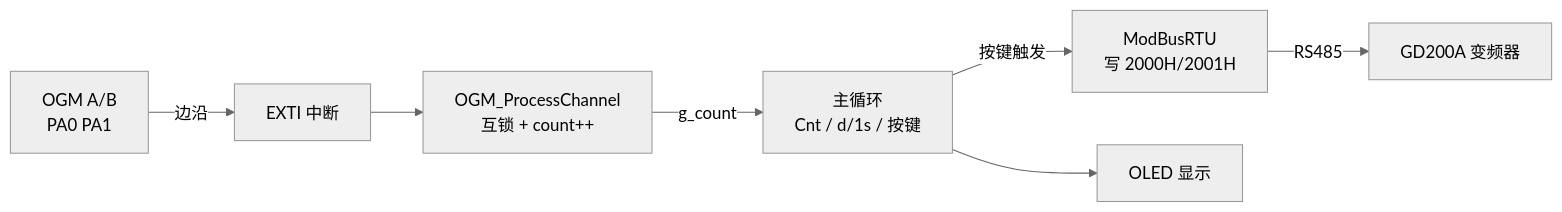
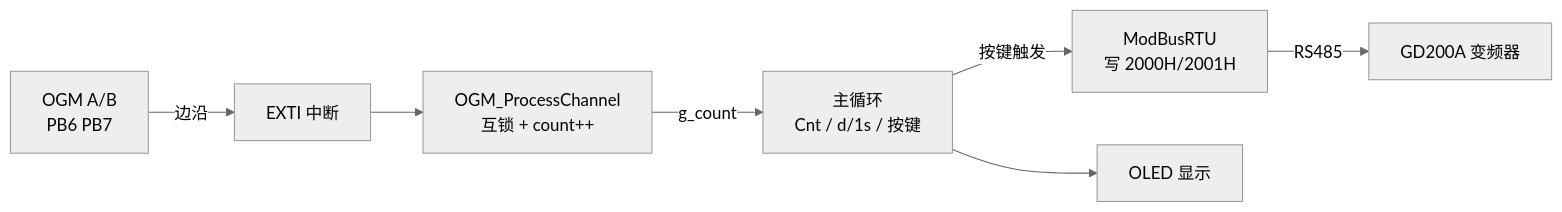
Before and after one commit to mdbsliguo/stm32_template_SPL: the fourth of 6 diagrams in Examples/NPN/NPN03_Preset_Pump_SwAlgo/README.md, drawn with Mermaid (neutral theme). The commit also changed other lines of this file and 6 other files, not shown here.

````diff
--- a/Examples/NPN/NPN03_Preset_Pump_SwAlgo/README.md
+++ b/Examples/NPN/NPN03_Preset_Pump_SwAlgo/README.md
@@ -370,17 +397,17 @@
 ```mermaid
 graph LR
-    OGM[OGM A/B<br/>PA0 PA1]
+    OGM[OGM A/B<br/>PB6 PB7]
     EXTI[EXTI 中断]
     ISR[OGM_ProcessChannel<br/>互锁 + count++]
     MAIN[主循环<br/>Cnt / d/1s / 按键]
     MODBUS[ModBusRTU<br/>写 2000H/2001H]
     INVT[GD200A 变频器]
     OLED[OLED 显示]
 
     OGM -->|边沿| EXTI
     EXTI --> ISR
     ISR -->|g_count| MAIN
     MAIN -->|按键触发| MODBUS
     MODBUS -->|RS485| INVT
     MAIN --> OLED
 ```
````
